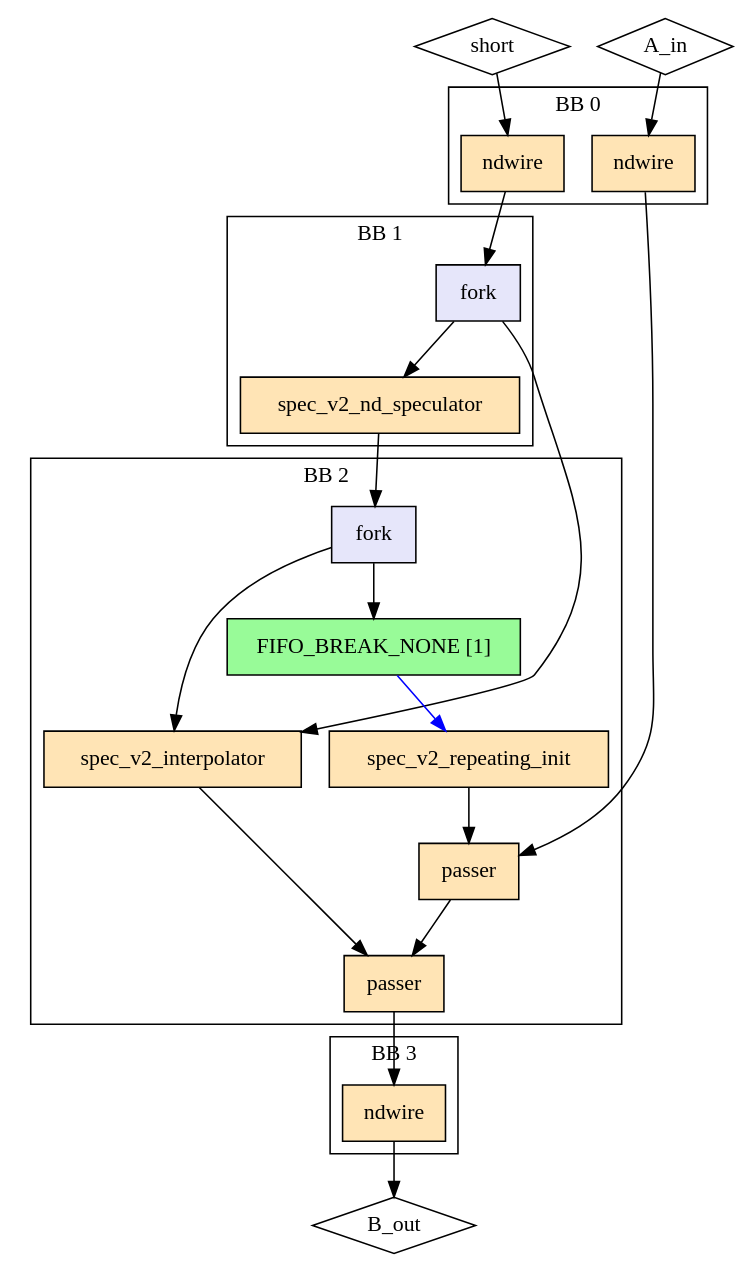
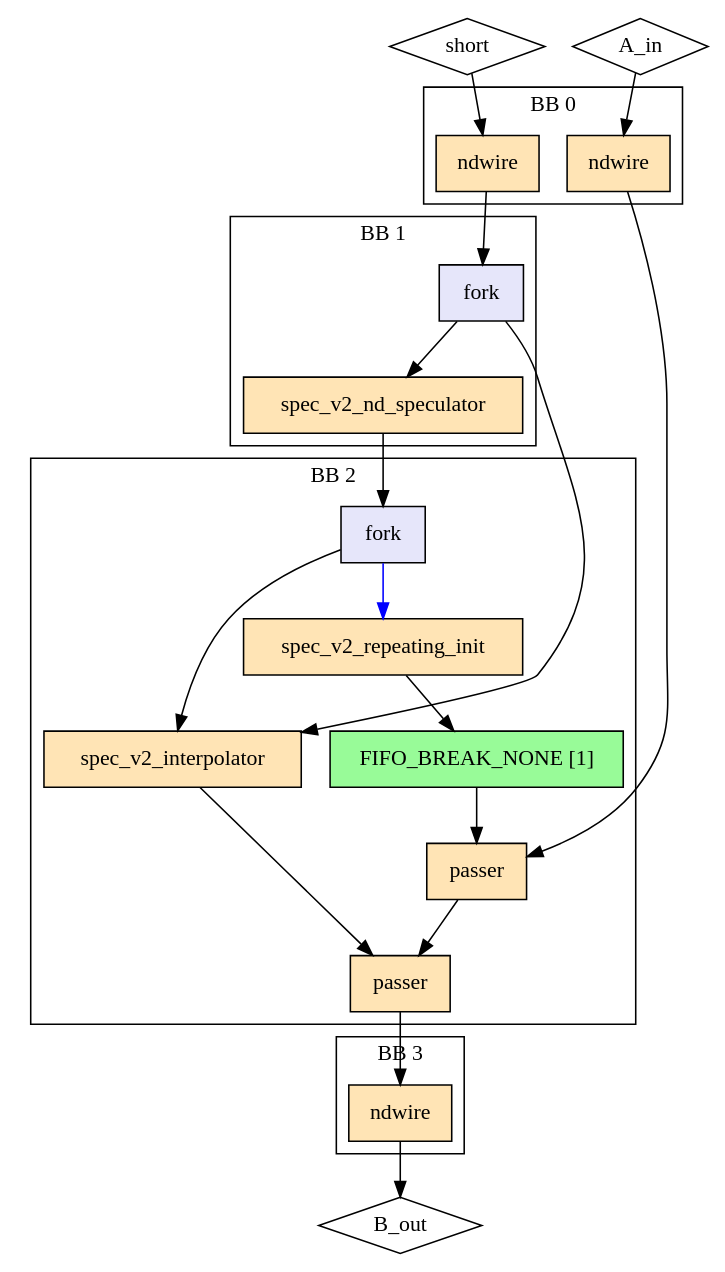
Before and after one commit to EPFL-LAP/dynamatic: the diagram in experimental/tools/elastic-miter/out/suppressorInduction/lhs_reachability/model.dot, drawn with Graphviz. The commit also changed 939 other files, not shown here.

```diff
--- a/experimental/tools/elastic-miter/out/suppressorInduction/lhs_reachability/model.dot
+++ b/experimental/tools/elastic-miter/out/suppressorInduction/lhs_reachability/model.dot
@@ -1,45 +1,45 @@
 Digraph G {
   splines=spline
   compound=true
   "short" ["style"="solid", "shape"="diamond", "label"="short", "mlir_op"="handshake.func"]
   "A_in" ["style"="solid", "shape"="diamond", "label"="A_in", "mlir_op"="handshake.func"]
   "B_out" ["style"="solid", "shape"="diamond", "label"="B_out", "mlir_op"="handshake.func"]
   "short" -> "ndw_in_short" ["dir"="both", "style"="solid", "arrowhead"="normal", "from_idx"="0", "to"="ins", "arrowtail"="none", "from"="short", "to_idx"="0"]
   "A_in" -> "ndw_in_A_in" ["dir"="both", "style"="solid", "arrowhead"="normal", "from_idx"="1", "to"="ins", "arrowtail"="none", "from"="A_in", "to_idx"="0"]
   "ndw_in_short" -> "fork_short" ["dir"="both", "style"="solid", "arrowhead"="normal", "from_idx"="0", "to"="ins", "arrowtail"="none", "from"="outs", "to_idx"="0"]
   "ndw_in_A_in" -> "passer1" ["dir"="both", "style"="solid", "arrowhead"="normal", "from_idx"="0", "to"="data", "arrowtail"="none", "from"="outs", "to_idx"="0"]
   "ndw_out_B_out" -> "B_out" ["dir"="both", "style"="solid", "arrowhead"="normal", "from_idx"="0", "to"="B_out", "arrowtail"="none", "from"="outs", "to_idx"="0"]
   "fork_short" -> "interpolate" ["dir"="both", "style"="solid", "arrowhead"="normal", "from_idx"="1", "to"="short", "arrowtail"="none", "from"="outs_1", "to_idx"="0"]
   "nd_spec" -> "vm_fork_1" ["dir"="both", "style"="solid", "arrowhead"="normal", "from_idx"="0", "to"="ins", "arrowtail"="none", "from"="outs", "to_idx"="0"]
   "passer2" -> "ndw_out_B_out" ["dir"="both", "style"="solid", "arrowhead"="normal", "from_idx"="0", "to"="ins", "arrowtail"="none", "from"="result", "to_idx"="0"]
   subgraph cluster0 {
     graph ["label"="BB 0"]
     "ndw_in_short" ["style"="filled", "fillcolor"="moccasin", "shape"="box", "label"="ndwire", "mlir_op"="handshake.ndwire"]
     "ndw_in_A_in" ["style"="filled", "fillcolor"="moccasin", "shape"="box", "label"="ndwire", "mlir_op"="handshake.ndwire"]
   }
   subgraph cluster3 {
     graph ["label"="BB 3"]
     "ndw_out_B_out" ["style"="filled", "fillcolor"="moccasin", "shape"="box", "label"="ndwire", "mlir_op"="handshake.ndwire"]
   }
   subgraph cluster1 {
     graph ["label"="BB 1"]
     "fork_short" ["style"="filled", "fillcolor"="lavender", "shape"="box", "label"="fork", "mlir_op"="handshake.fork"]
     "nd_spec" ["style"="filled", "fillcolor"="moccasin", "shape"="box", "label"="spec_v2_nd_speculator", "mlir_op"="handshake.spec_v2_nd_speculator"]
     "fork_short" -> "nd_spec" ["dir"="both", "style"="solid", "arrowhead"="normal", "from_idx"="0", "to"="ins", "arrowtail"="none", "from"="outs_0", "to_idx"="0"]
   }
   subgraph cluster2 {
     graph ["label"="BB 2"]
     "vm_fork_1" ["style"="filled", "fillcolor"="lavender", "shape"="box", "label"="fork", "mlir_op"="handshake.fork"]
     "interpolate" ["style"="filled", "fillcolor"="moccasin", "shape"="box", "label"="spec_v2_interpolator", "mlir_op"="handshake.spec_v2_interpolator"]
+    "ri" ["style"="filled", "fillcolor"="moccasin", "shape"="box", "label"="spec_v2_repeating_init", "mlir_op"="handshake.spec_v2_repeating_init"]
     "buffer" ["style"="filled", "fillcolor"="palegreen", "shape"="box", "label"="FIFO_BREAK_NONE [1]", "mlir_op"="handshake.buffer"]
-    "ri" ["style"="filled", "fillcolor"="moccasin", "shape"="box", "label"="spec_v2_repeating_init", "mlir_op"="handshake.spec_v2_repeating_init"]
     "passer1" ["style"="filled", "fillcolor"="moccasin", "shape"="box", "label"="passer", "mlir_op"="handshake.passer"]
     "passer2" ["style"="filled", "fillcolor"="moccasin", "shape"="box", "label"="passer", "mlir_op"="handshake.passer"]
     "vm_fork_1" -> "interpolate" ["dir"="both", "style"="solid", "arrowhead"="normal", "from_idx"="0", "to"="long", "arrowtail"="none", "from"="outs_0", "to_idx"="1"]
-    "vm_fork_1" -> "buffer" ["dir"="both", "style"="solid", "arrowhead"="normal", "from_idx"="1", "to"="ins", "arrowtail"="none", "from"="outs_1", "to_idx"="0"]
+    "vm_fork_1" -> "ri" ["dir"="both", "style"="solid", "arrowhead"="normal", "from_idx"="1", "color"="blue", "to"="ins", "arrowtail"="none", "from"="outs_1", "to_idx"="0"]
     "interpolate" -> "passer2" ["dir"="both", "style"="solid", "arrowhead"="normal", "from_idx"="0", "to"="ctrl", "arrowtail"="none", "from"="result", "to_idx"="1"]
-    "buffer" -> "ri" ["dir"="both", "style"="solid", "arrowhead"="normal", "from_idx"="0", "color"="blue", "to"="ins", "arrowtail"="none", "from"="outs", "to_idx"="0"]
-    "ri" -> "passer1" ["dir"="both", "style"="solid", "arrowhead"="normal", "from_idx"="0", "to"="ctrl", "arrowtail"="none", "from"="outs", "to_idx"="1"]
+    "ri" -> "buffer" ["dir"="both", "style"="solid", "arrowhead"="normal", "from_idx"="0", "to"="ins", "arrowtail"="none", "from"="outs", "to_idx"="0"]
+    "buffer" -> "passer1" ["dir"="both", "style"="solid", "arrowhead"="normal", "from_idx"="0", "to"="ctrl", "arrowtail"="none", "from"="outs", "to_idx"="1"]
     "passer1" -> "passer2" ["dir"="both", "style"="solid", "arrowhead"="normal", "from_idx"="0", "to"="data", "arrowtail"="none", "from"="result", "to_idx"="0"]
   }
 }
```
